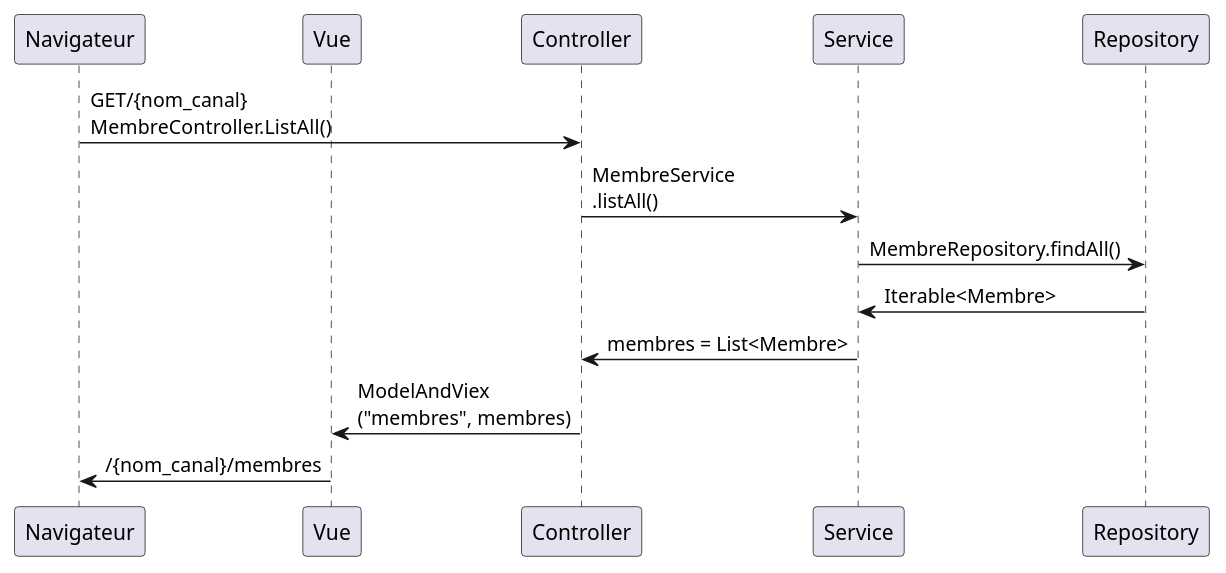
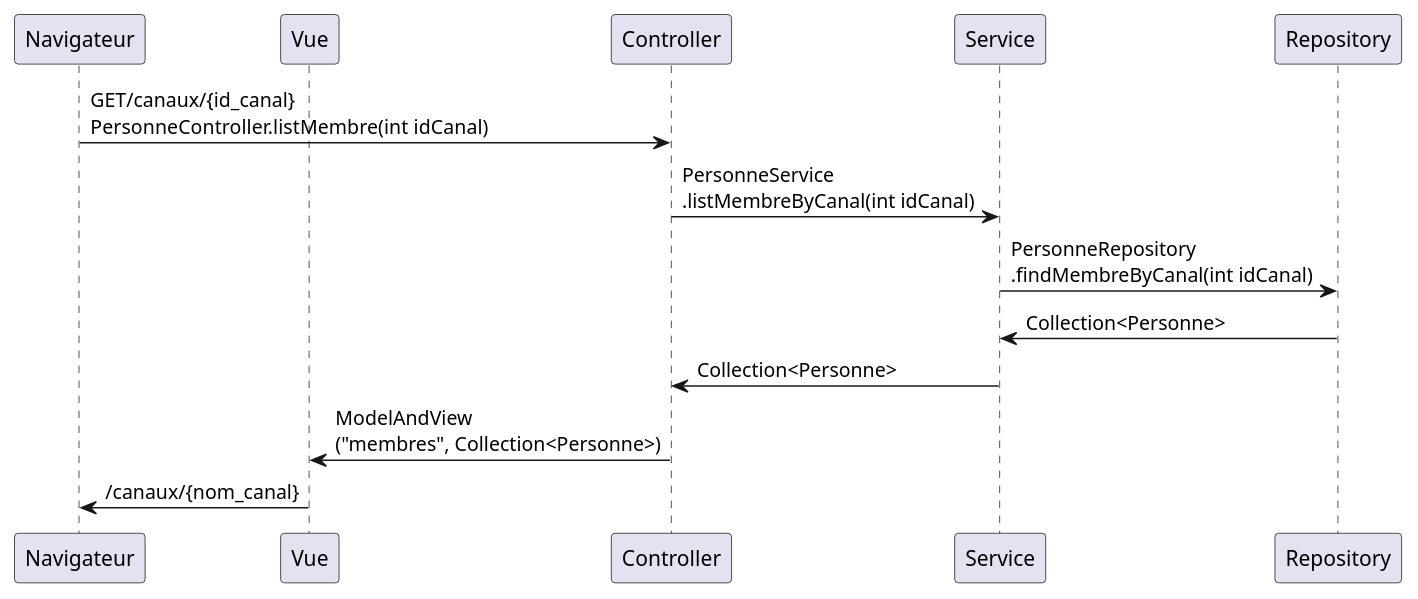
The diagram in doc/ListerMembresDuCanal.puml (michel-plasse/cdaMassy2021), drawn with PlantUML before and after one commit.

```diff
--- a/doc/ListerMembresDuCanal.puml
+++ b/doc/ListerMembresDuCanal.puml
@@ -1,11 +1,11 @@
 @startuml
 participant Navigateur
 participant Vue
-Navigateur -> Controller : GET/{nom_canal}\nMembreController.ListAll()
-Controller -> Service : MembreService\n.listAll()
-Service -> Repository : MembreRepository.findAll()
-Repository -> Service : Iterable<Membre>
-Service -> Controller : membres = List<Membre>
-Controller -> Vue : ModelAndViex\n("membres", membres)
-Vue -> Navigateur : /{nom_canal}/membres
+Navigateur -> Controller : GET/canaux/{id_canal}\nPersonneController.listMembre(int idCanal)
+Controller -> Service : PersonneService\n.listMembreByCanal(int idCanal)
+Service -> Repository : PersonneRepository\n.findMembreByCanal(int idCanal)
+Repository -> Service : Collection<Personne>
+Service -> Controller : Collection<Personne>
+Controller -> Vue : ModelAndView\n("membres", Collection<Personne>)
+Vue -> Navigateur : /canaux/{nom_canal}
 @enduml
```
